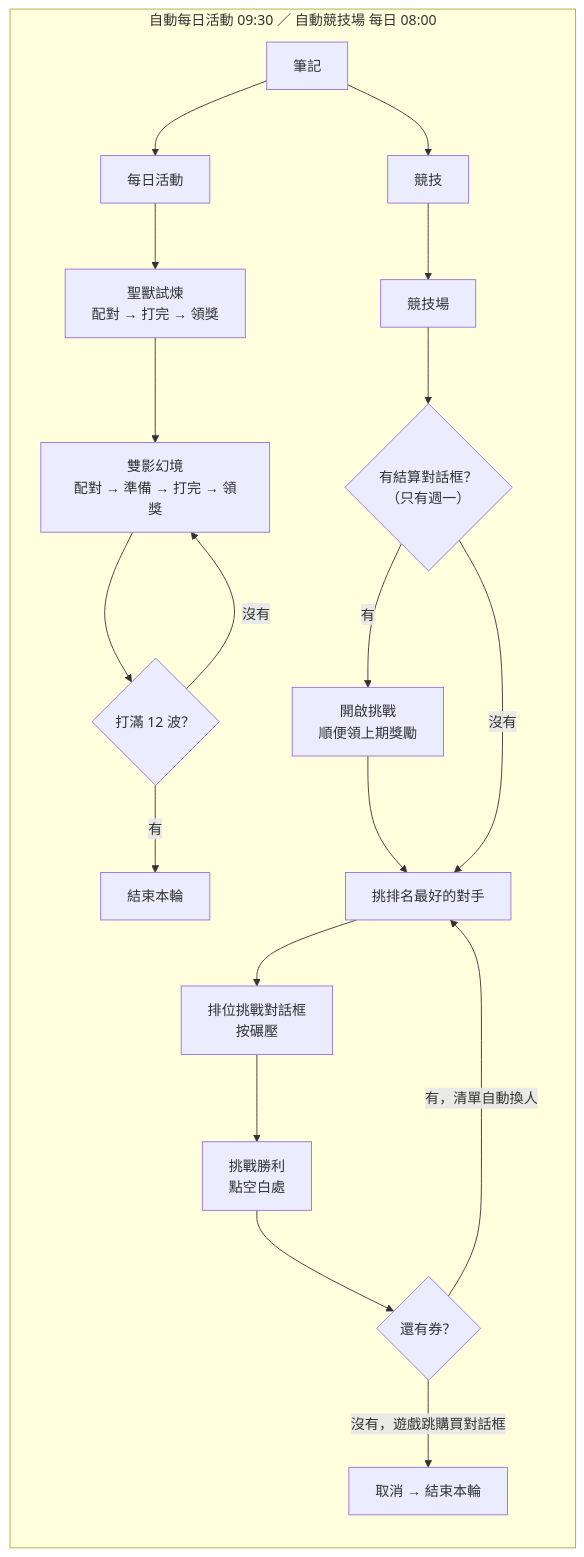
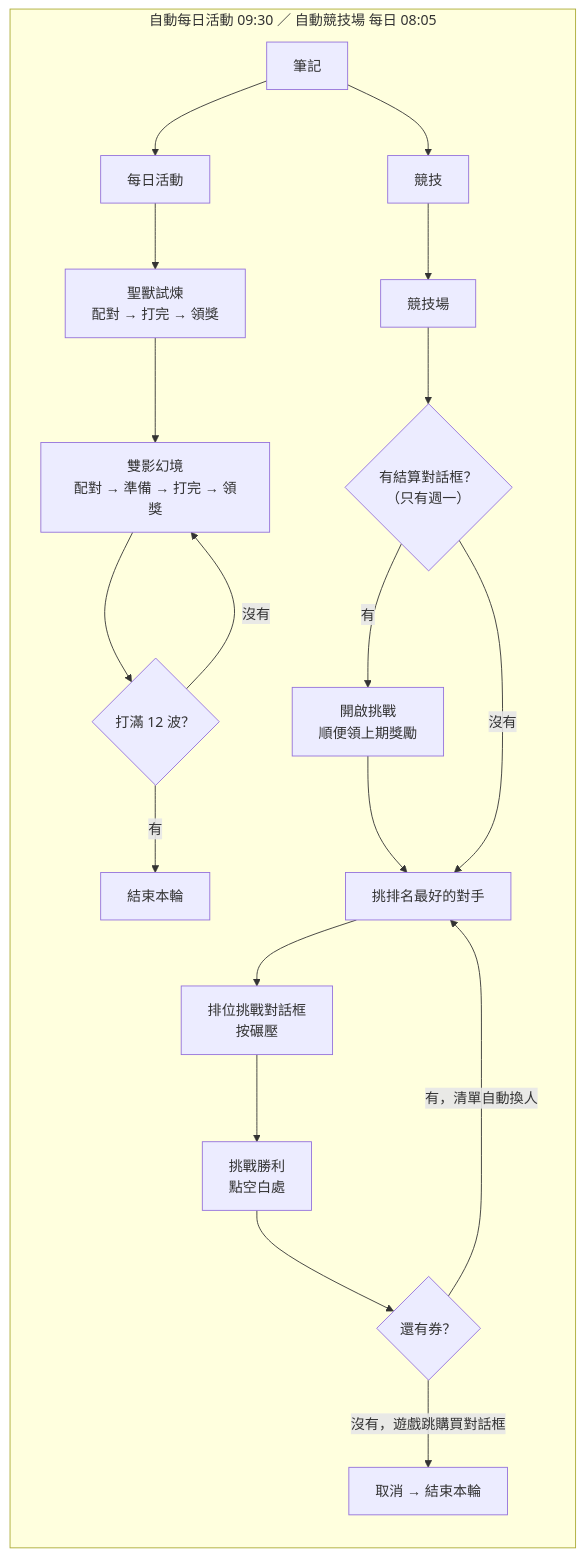
The fifth of 5 diagrams in README.md (LaiYueTing/scepter-and-sword-assistant), drawn with Mermaid before and after one commit. The commit also changed other lines of this file and 1 other file, not shown here.

````diff
--- a/README.md
+++ b/README.md
@@ -125,19 +125,19 @@
 ```mermaid
 flowchart LR
-    subgraph A[自動每日活動 09:30 ／ 自動競技場 每日 08:00]
+    subgraph A[自動每日活動 09:30 ／ 自動競技場 每日 08:05]
         A1[筆記] --> A2[每日活動]
         A2 --> A3[聖獸試煉<br/>配對 → 打完 → 領獎]
         A3 --> A4[雙影幻境<br/>配對 → 準備 → 打完 → 領獎]
         A4 --> A5{打滿 12 波？}
         A5 -->|沒有| A4
         A5 -->|有| A6[結束本輪]
         A1 --> B1[競技] --> B2[競技場]
         B2 --> B3{有結算對話框？<br/>（只有週一）}
         B3 -->|有| B4[開啟挑戰<br/>順便領上期獎勵] --> B5
         B3 -->|沒有| B5[挑排名最好的對手]
         B5 --> B6[排位挑戰對話框<br/>按碾壓] --> B7[挑戰勝利<br/>點空白處]
         B7 --> B8{還有券？}
         B8 -->|有，清單自動換人| B5
         B8 -->|沒有，遊戲跳購買對話框| B9[取消 → 結束本輪]
     end
 ```
````
